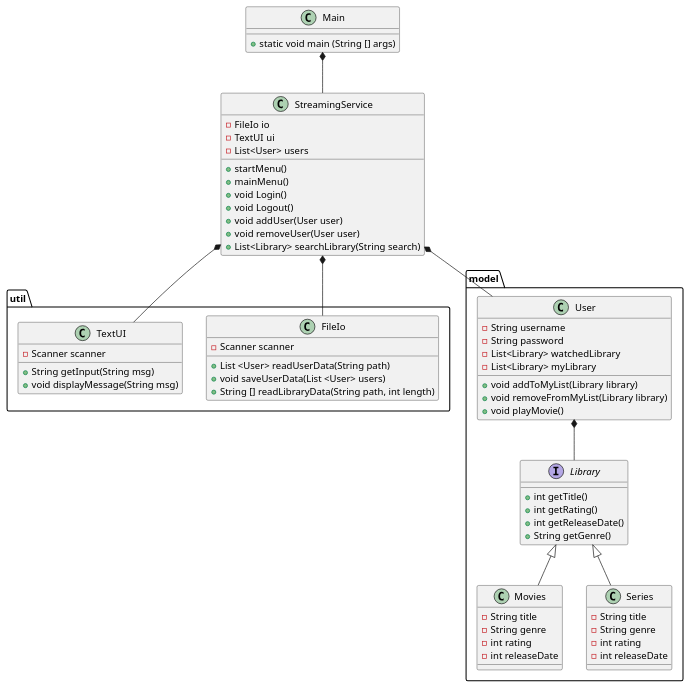
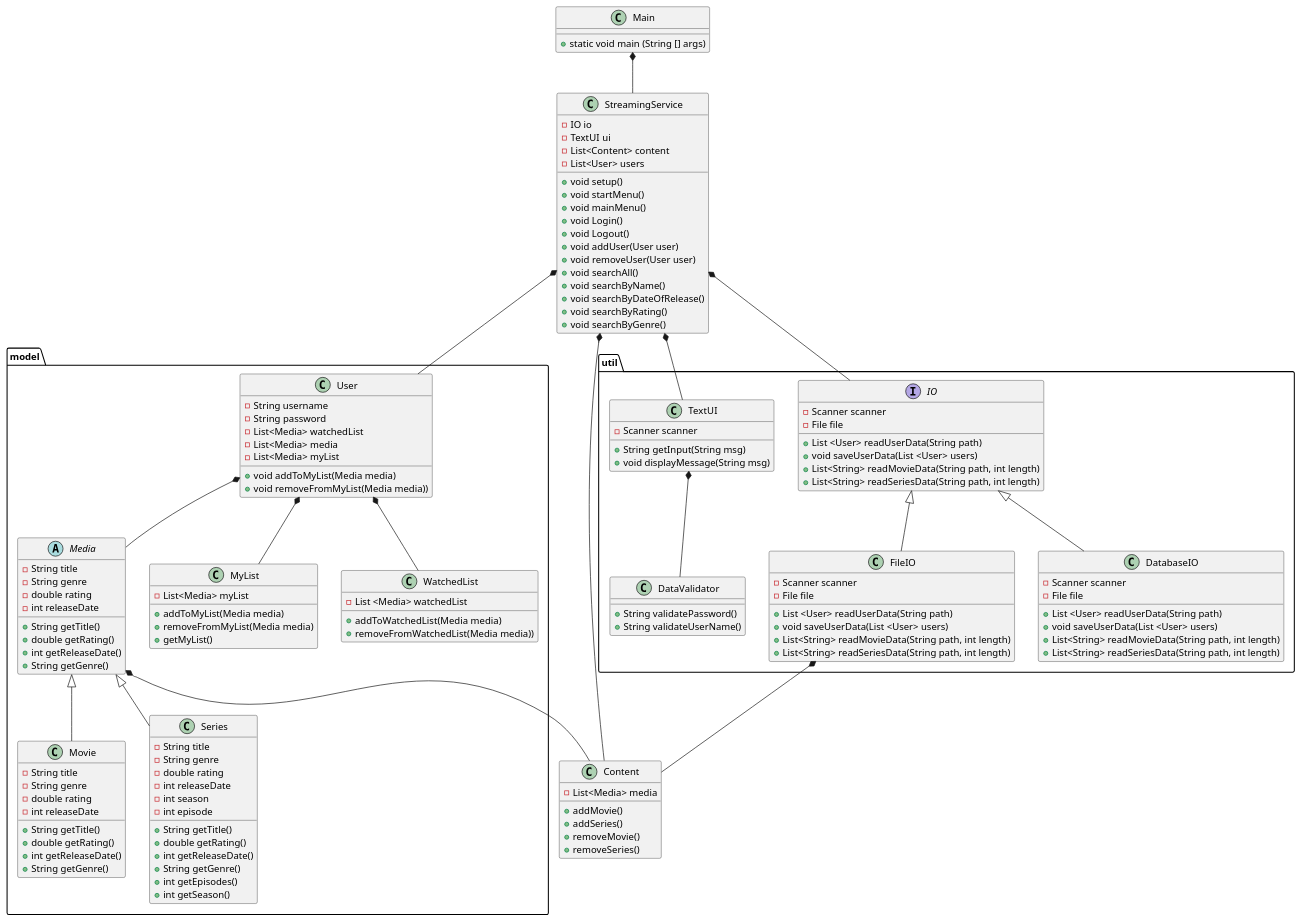
Before and after one commit to BekhanM/SP3plusReal: the diagram in Doc/Class.puml, drawn with PlantUML.

```diff
--- a/Doc/Class.puml
+++ b/Doc/Class.puml
@@ -1,75 +1,167 @@
 @startuml
+
 'https://plantuml.com/class-diagram
 
 'Pakker, model og util
 'Domænemodel giver nye entity klasser
 
 package "util"
 {
-Class FileIo
-FileIo :  - Scanner scanner
-FileIo : + List <User> readUserData(String path)
-FileIo : + void saveUserData(List <User> users)
-FileIo : + String [] readLibraryData(String path, int length)
 
-Class TextUI
-TextUI : - Scanner scanner
-TextUI : + String getInput(String msg)
-TextUI : + void displayMessage(String msg)
+Interface IO{
+- Scanner scanner
+- File file
++ List <User> readUserData(String path)
++ void saveUserData(List <User> users)
++ List<String> readMovieData(String path, int length)
++ List<String> readSeriesData(String path, int length)
+}
+
+Class FileIO{
+- Scanner scanner
+- File file
++ List <User> readUserData(String path)
++ void saveUserData(List <User> users)
++ List<String> readMovieData(String path, int length)
++ List<String> readSeriesData(String path, int length)
+}
+
+Class DatabaseIO{
+- Scanner scanner
+- File file
++ List <User> readUserData(String path)
++ void saveUserData(List <User> users)
++ List<String> readMovieData(String path, int length)
++ List<String> readSeriesData(String path, int length)
+}
+
+
+Class TextUI{
+- Scanner scanner
++ String getInput(String msg)
++ void displayMessage(String msg)
+}
+
+Class DataValidator{
++ String validatePassword()
++ String validateUserName()
+}
+
 }
 
 package "model"
 {
-Interface Library
-Library : + int getTitle()
-Library : + int getRating()
-Library : + int getReleaseDate()
-Library : + String getGenre()
-
-Library <|-- Movies
-Library <|-- Series
-
-Class Movies
-Movies : - String title
-Movies : - String genre
-Movies : - int rating
-Movies : - int releaseDate
-
-Class Series
-Series : - String title
-Series : - String genre
-Series : - int rating
-Series : - int releaseDate
-
-Class User
-User : - String username
-User : - String password
-User : - List<Library> watchedLibrary
-User : - List<Library> myLibrary
-User : + void addToMyList(Library library)
-User : + void removeFromMyList(Library library)
-User : + void playMovie()
+Abstract Class Media{
+- String title
+- String genre
+- double rating
+- int releaseDate
++ String getTitle()
++ double getRating()
++ int getReleaseDate()
++ String getGenre()
 }
 
-Class StreamingService
-StreamingService : - FileIo io
-StreamingService : - TextUI ui
-StreamingService : - List<User> users
-StreamingService : + startMenu()
-StreamingService : + mainMenu()
-StreamingService : + void Login()
-StreamingService : + void Logout()
-StreamingService : + void addUser(User user)
-StreamingService : + void removeUser(User user)
-StreamingService : + List<Library> searchLibrary(String search)
+Class Movie{
+- String title
+- String genre
+- double rating
+- int releaseDate
++ String getTitle()
++ double getRating()
++ int getReleaseDate()
++ String getGenre()
+}
+
+Class Series{
+- String title
+- String genre
+- double rating
+- int releaseDate
+- int season
+- int episode
++ String getTitle()
++ double getRating()
++ int getReleaseDate()
++ String getGenre()
++ int getEpisodes()
++ int getSeason()
+}
+
+Class User{
+- String username
+- String password
+- List<Media> watchedList
+- List<Media> media
+- List<Media> myList
++ void addToMyList(Media media)
++ void removeFromMyList(Media media))
+}
+
+
+Class MyList{
+- List<Media> myList
++ addToMyList(Media media)
++ removeFromMyList(Media media)
++ getMyList()
+}
+
+Class WatchedList{
+- List <Media> watchedList
++ addToWatchedList(Media media)
++ removeFromWatchedList(Media media))
+
+}
+
+}
+
+Class StreamingService{
+- IO io
+- TextUI ui
+- List<Content> content
+- List<User> users
++ void setup()
++ void startMenu()
++ void mainMenu()
++ void Login()
++ void Logout()
++ void addUser(User user)
++ void removeUser(User user)
++ void searchAll()
++ void searchByName()
++ void searchByDateOfRelease()
++ void searchByRating()
++ void searchByGenre()
+}
+
+Class Content{
+
+- List<Media> media
+
++ addMovie()
++ addSeries()
++ removeMovie()
++ removeSeries()
+}
 
 Class Main
 Main : + static void main (String [] args)
 
 Main *-- StreamingService
-StreamingService *-- FileIo
+StreamingService *-- IO
 StreamingService *-- User
 StreamingService *-- TextUI
-User *-- Library
+
+StreamingService *-- Content
+User *-- Media
+TextUI *-- DataValidator
+FileIO *-- Content
+User *-- MyList
+User *-- WatchedList
+Media *-- Content
+Media <|-- Movie
+Media <|-- Series
+IO <|-- FileIO
+IO <|-- DatabaseIO
 
 @enduml
```
